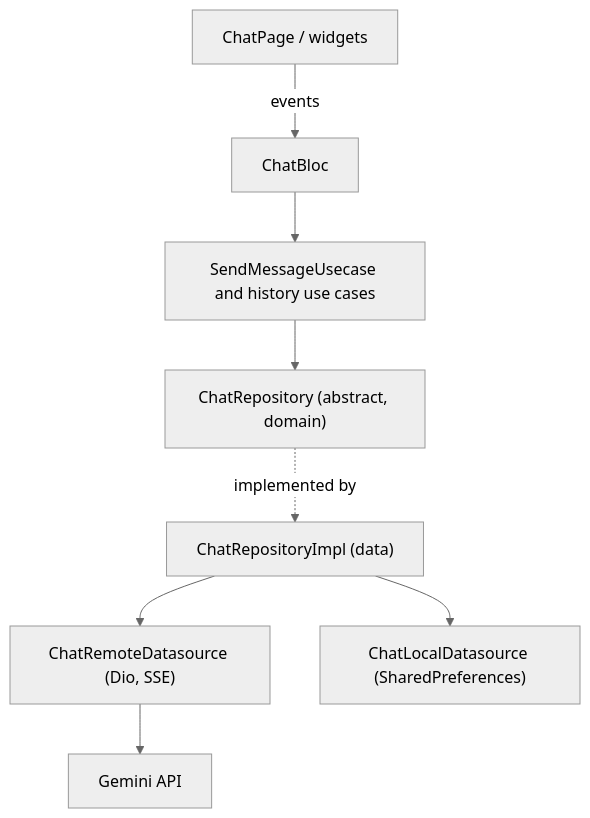
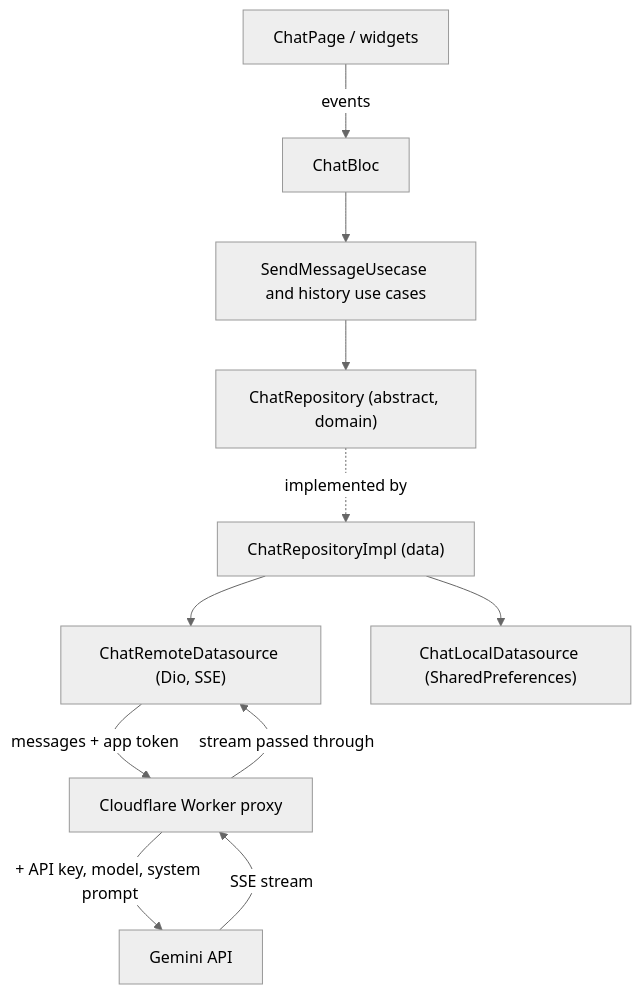
One commit to saranmk1924/Saran-AI-Chat-Assistant changed the diagram in README.md. Above: the diagram before and after it, drawn with Mermaid (neutral theme). The commit also changed other lines of this file and 10 other files, not shown here.

Commit message:
route chat through Cloudflare Worker proxy, add Gemini proxy worker with model fallback and timeout, update README for the serverless proxy

````diff
--- a/README.md
+++ b/README.md
@@ -51,10 +53,13 @@
 ```mermaid
 flowchart TD
     UI["ChatPage / widgets"] -->|events| Bloc["ChatBloc"]
     Bloc --> UC["SendMessageUsecase and history use cases"]
     UC --> Repo["ChatRepository (abstract, domain)"]
     Repo -.implemented by.-> Impl["ChatRepositoryImpl (data)"]
     Impl --> Remote["ChatRemoteDatasource (Dio, SSE)"]
     Impl --> Local["ChatLocalDatasource (SharedPreferences)"]
-    Remote --> API["Gemini API"]
+    Remote -->|"messages + app token"| Worker["Cloudflare Worker proxy"]
+    Worker -->|"+ API key, model, system prompt"| API["Gemini API"]
+    API -->|"SSE stream"| Worker
+    Worker -->|"stream passed through"| Remote
 ```
````
